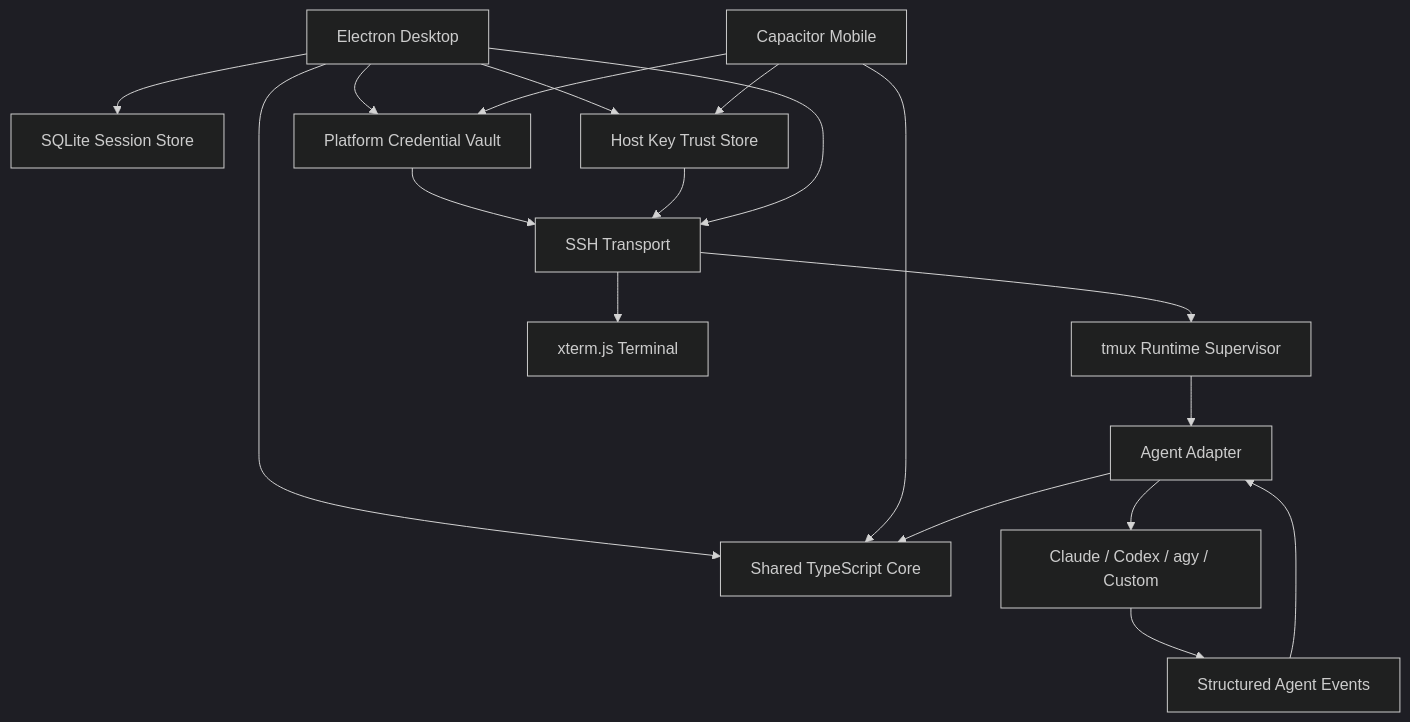
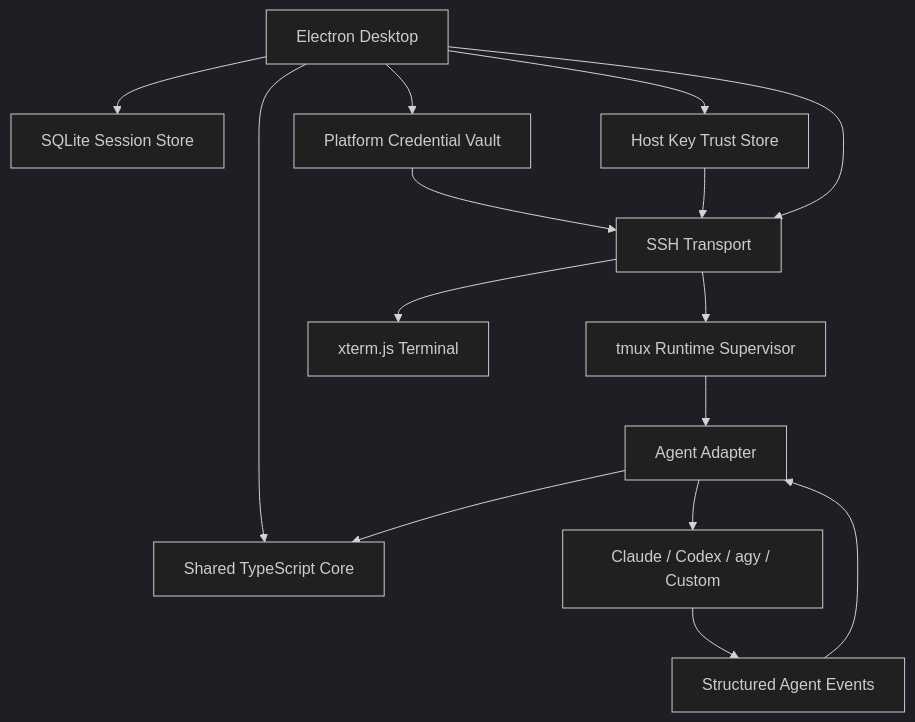
One commit to IlikeBB/CozyPad_Web changed the first of 2 diagrams in SPEC.md. Above: the diagram before and after it, drawn with Mermaid (dark theme). The commit also changed other lines of this file and 61 other files, not shown here.

````diff
--- a/SPEC.md
+++ b/SPEC.md
@@ -95,33 +92,29 @@
 ```mermaid
 flowchart TB
     Desktop[Electron Desktop]
-    Mobile[Capacitor Mobile]
     Core[Shared TypeScript Core]
     Store[SQLite Session Store]
     Vault[Platform Credential Vault]
     Trust[Host Key Trust Store]
     SSH[SSH Transport]
     Tmux[tmux Runtime Supervisor]
     Adapter[Agent Adapter]
     Agent[Claude / Codex / agy / Custom]
     Events[Structured Agent Events]
     Terminal[xterm.js Terminal]
 
     Desktop --> Core
-    Mobile --> Core
     Desktop --> Store
     Desktop --> Vault
-    Mobile --> Vault
     Desktop --> Trust
-    Mobile --> Trust
     Vault --> SSH
     Trust --> SSH
     Desktop --> SSH
     SSH --> Tmux
     Tmux --> Adapter
     Adapter --> Agent
     Agent --> Events
     Events --> Adapter
     Adapter --> Core
     SSH --> Terminal
 ```
````
